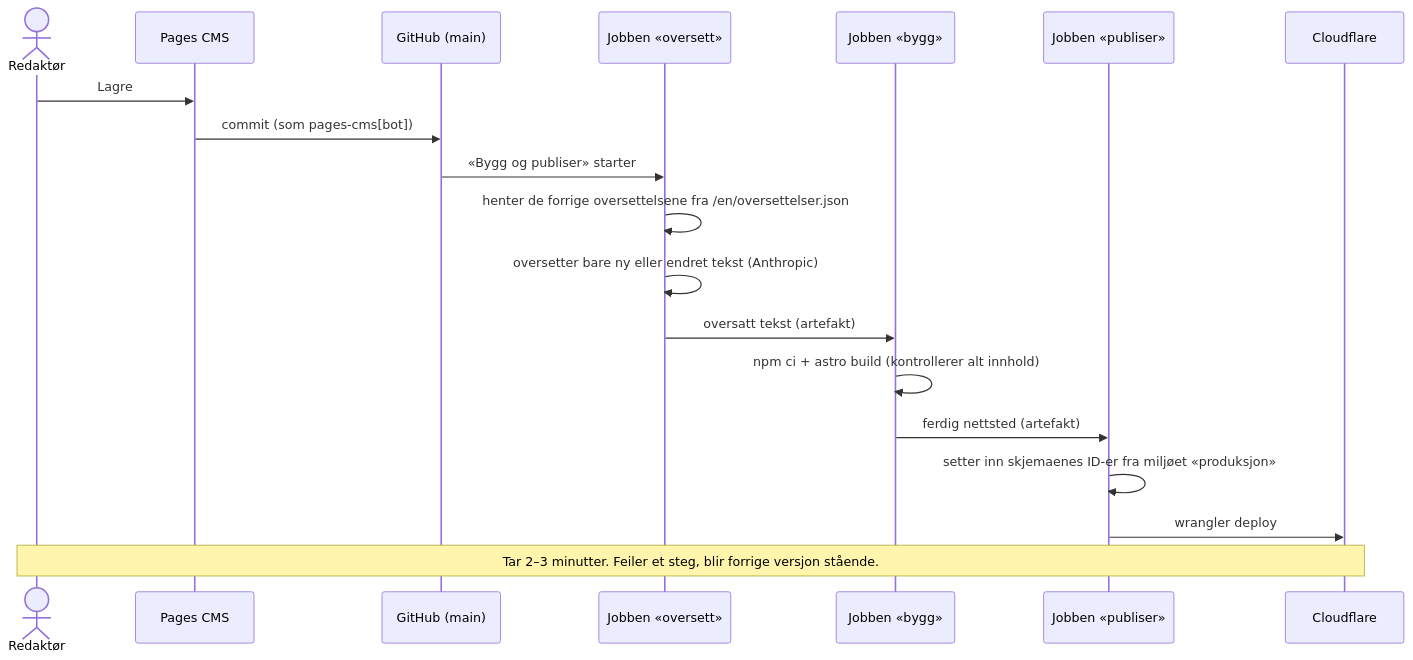
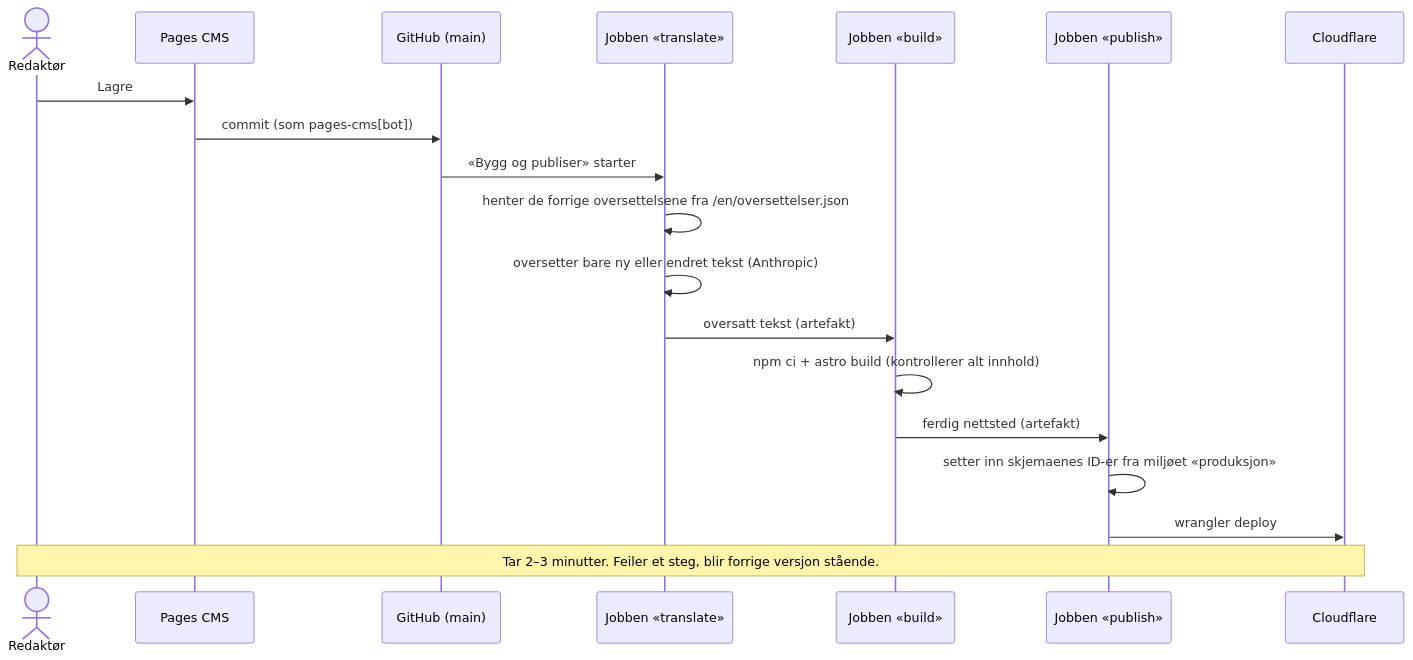
The second of 3 diagrams in docs/architecture.md (hpgt-com/hpgt-web), drawn with Mermaid before and after one commit. The commit also changed other lines of this file and 7 other files, not shown here.

````diff
--- a/docs/architecture.md
+++ b/docs/architecture.md
@@ -67,22 +67,22 @@
 ```mermaid
 sequenceDiagram
   actor Ed as Redaktør
   participant CMS as Pages CMS
   participant Repo as GitHub (main)
-  participant O as Jobben «oversett»
-  participant Bg as Jobben «bygg»
-  participant P as Jobben «publiser»
+  participant O as Jobben «translate»
+  participant Bg as Jobben «build»
+  participant P as Jobben «publish»
   participant CF as Cloudflare
 
   Ed->>CMS: Lagre
   CMS->>Repo: commit (som pages-cms[bot])
   Repo->>O: «Bygg og publiser» starter
   O->>O: henter de forrige oversettelsene fra /en/oversettelser.json
   O->>O: oversetter bare ny eller endret tekst (Anthropic)
   O->>Bg: oversatt tekst (artefakt)
   Bg->>Bg: npm ci + astro build (kontrollerer alt innhold)
   Bg->>P: ferdig nettsted (artefakt)
   P->>P: setter inn skjemaenes ID-er fra miljøet «produksjon»
   P->>CF: wrangler deploy
   Note over Ed,CF: Tar 2–3 minutter. Feiler et steg, blir forrige versjon stående.
 ```
````
